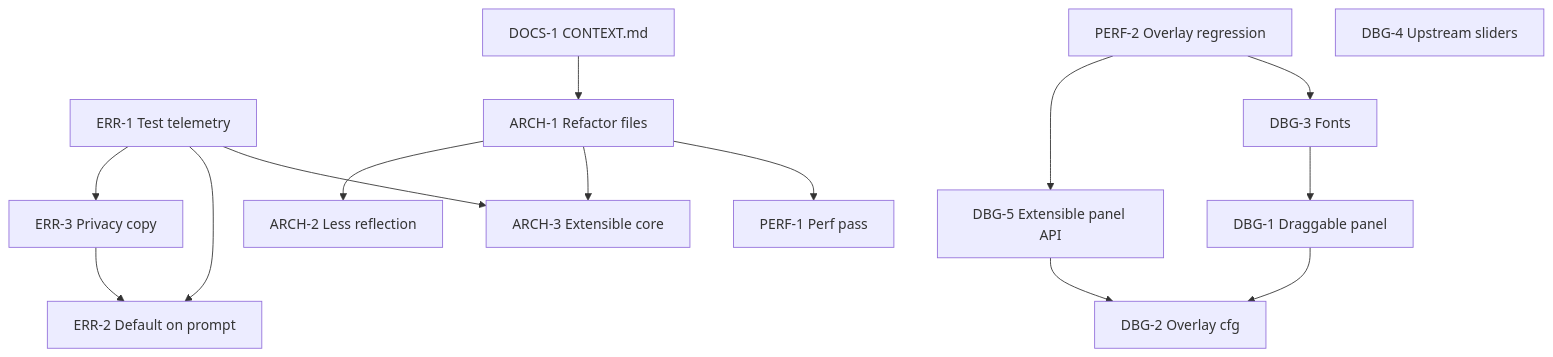
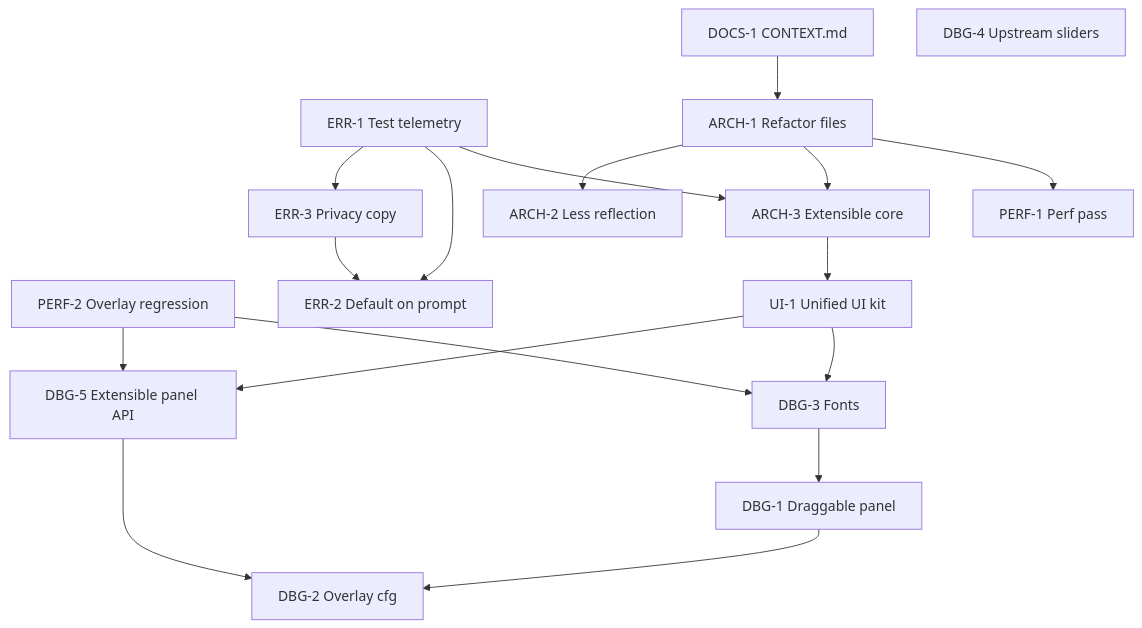
The diagram in docs/ROADMAP.md (grompen91-droid/dreadREPO), drawn with Mermaid before and after one commit. The commit also changed other lines of this file and 5 other files, not shown here.

````diff
--- a/docs/ROADMAP.md
+++ b/docs/ROADMAP.md
@@ -73,32 +74,35 @@
 ```mermaid
 flowchart TD
   DOCS1[DOCS-1 CONTEXT.md]
   ERR1[ERR-1 Test telemetry]
   PERF2[PERF-2 Overlay regression]
   ARCH1[ARCH-1 Refactor files]
   ARCH2[ARCH-2 Less reflection]
   ARCH3[ARCH-3 Extensible core]
   ERR3[ERR-3 Privacy copy]
   ERR2[ERR-2 Default on prompt]
   DBG5[DBG-5 Extensible panel API]
   DBG3[DBG-3 Fonts]
   DBG1[DBG-1 Draggable panel]
   DBG2[DBG-2 Overlay cfg]
   PERF1[PERF-1 Perf pass]
   DBG4[DBG-4 Upstream sliders]
 
   DOCS1 --> ARCH1
   ERR1 --> ERR3
   ERR1 --> ERR2
   ERR3 --> ERR2
   ARCH1 --> ARCH2
   ARCH1 --> ARCH3
   ERR1 --> ARCH3
+  ARCH3 --> UI1[UI-1 Unified UI kit]
+  UI1 --> DBG5
   PERF2 --> DBG5
   PERF2 --> DBG3
+  UI1 --> DBG3
   DBG3 --> DBG1
   DBG1 --> DBG2
   DBG5 --> DBG2
   ARCH1 --> PERF1
   DBG4
 ```
````
